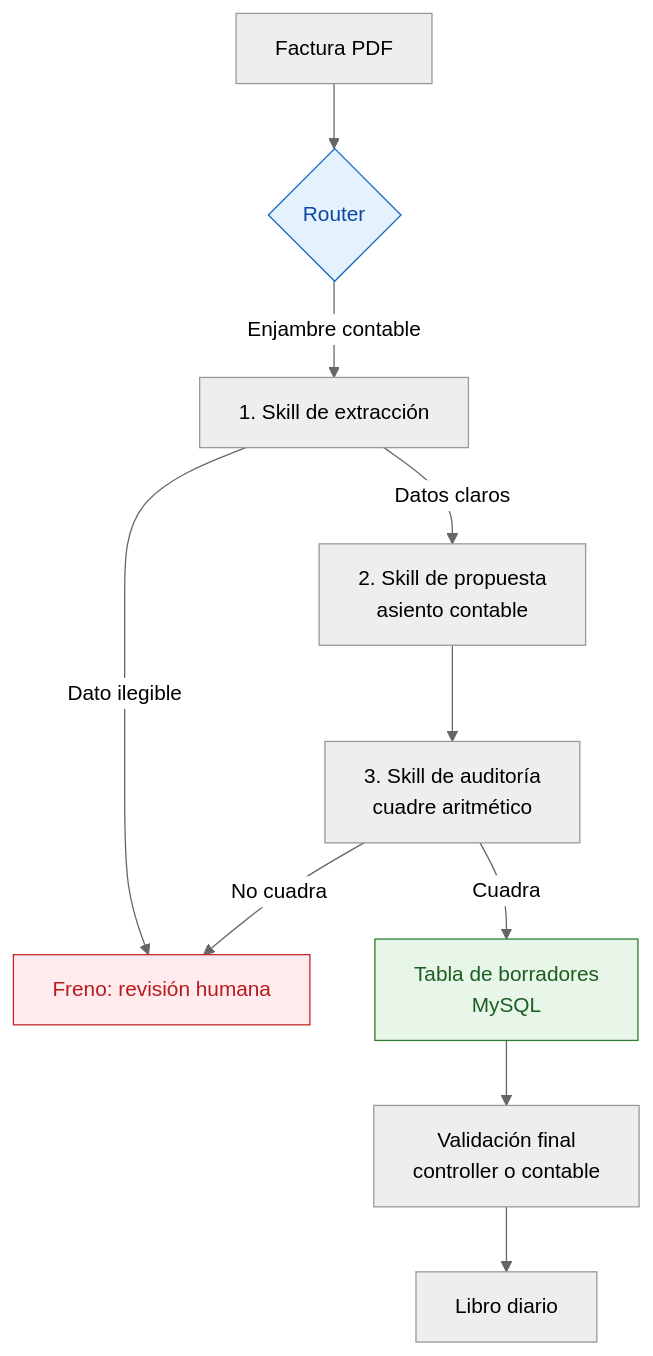
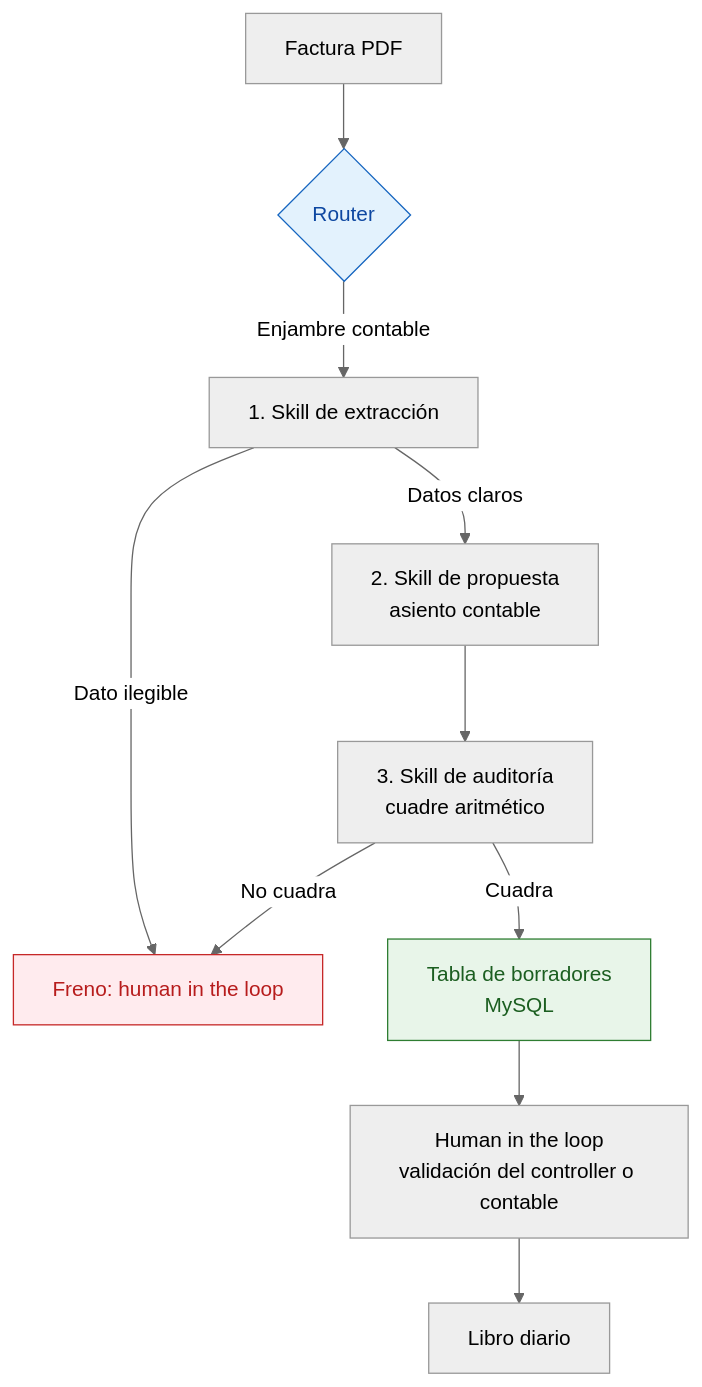
One commit to jleonceo/portfolio-juan-luis changed the second of 3 diagrams in README.md. Above: the diagram before and after it, drawn with Mermaid (neutral theme). The commit also changed other lines of this file and 1 other file, not shown here.

Commit message:
Esquemas: human in the loop en los cuatro puntos donde decide una persona
El esquema general, el freno y la validación de la factura, y la revisión del workflow de analítica dicen ahora
human in the loop, el nombre con que se conoce ese control.

````diff
--- a/README.md
+++ b/README.md
@@ -57,16 +57,16 @@
 ```mermaid
 flowchart TD
     A[Factura PDF] --> B{Router}
     B -->|Enjambre contable| C[1. Skill de extracción]
-    C -->|Dato ilegible| D[Freno: revisión humana]
+    C -->|Dato ilegible| D[Freno: human in the loop]
     C -->|Datos claros| E[2. Skill de propuesta<br/>asiento contable]
     E --> F[3. Skill de auditoría<br/>cuadre aritmético]
     F -->|No cuadra| D
     F -->|Cuadra| G[Tabla de borradores<br/>MySQL]
-    G --> H[Validación final<br/>controller o contable]
+    G --> H[Human in the loop<br/>validación del controller o contable]
     H --> I[Libro diario]
 
     style D fill:#ffebee,stroke:#c62828,color:#b71c1c
     style G fill:#e8f5e9,stroke:#2e7d32,color:#1b5e20
     style B fill:#e3f2fd,stroke:#1565c0,color:#0d47a1
 ```
````
